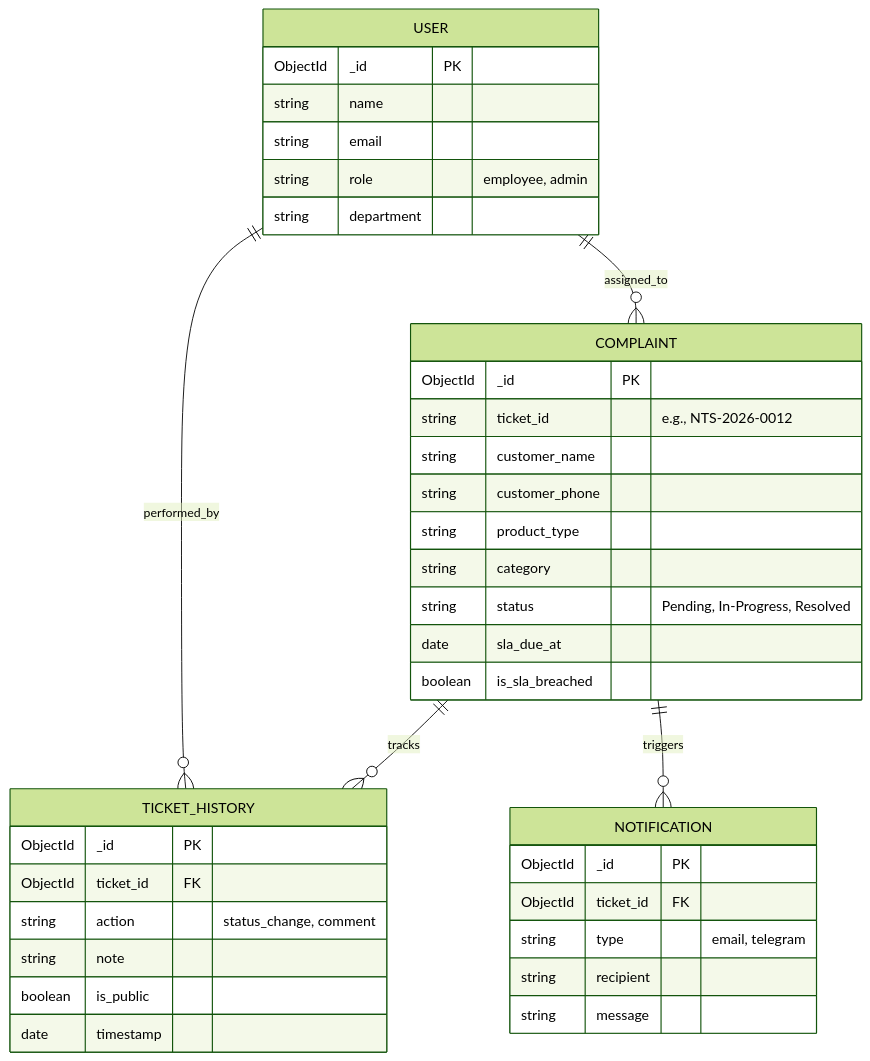
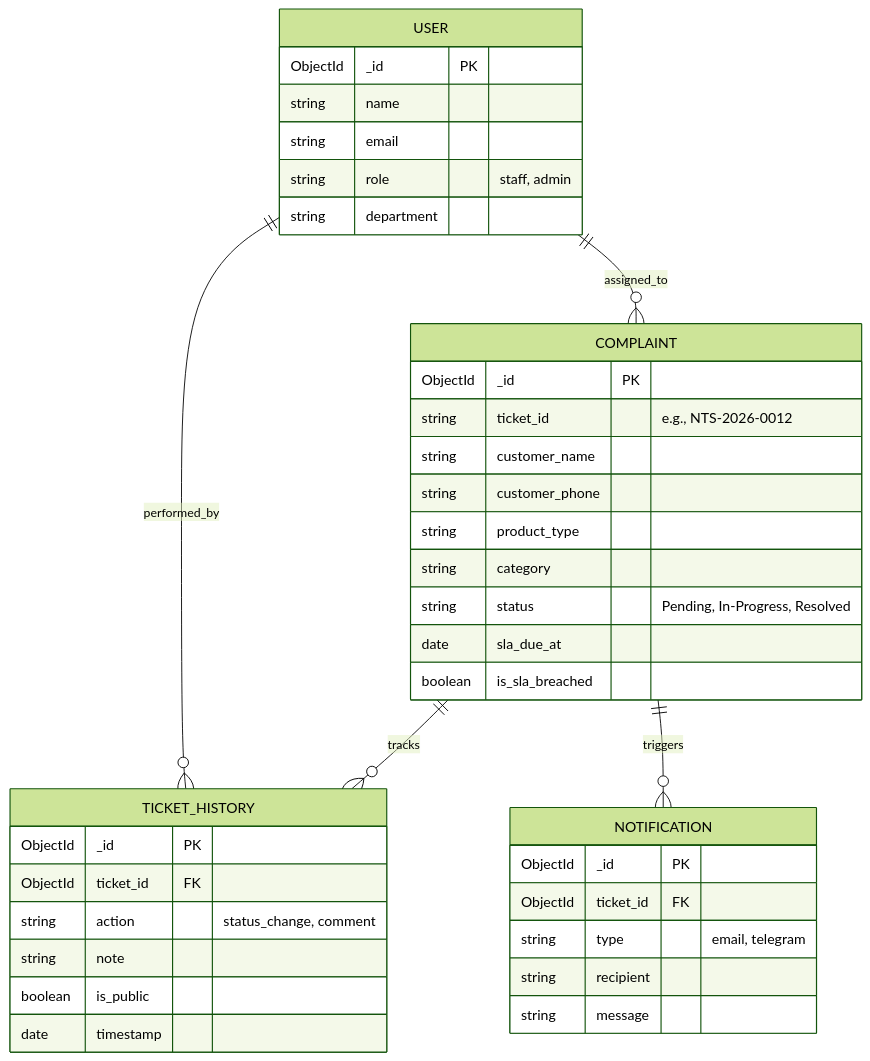
The third of 3 diagrams in docs/architecture.md (NotArsal/Solar-Customer-Grievance-Management-System), drawn with Mermaid (forest theme) before and after one commit. The commit also changed other lines of this file, not shown here.

Commit message:
docs: separate staff and admin roles in architecture diagrams

````diff
--- a/docs/architecture.md
+++ b/docs/architecture.md
@@ -110,44 +112,44 @@
 ```mermaid
 erDiagram
     COMPLAINT ||--o{ TICKET_HISTORY : tracks
     USER ||--o{ COMPLAINT : assigned_to
     USER ||--o{ TICKET_HISTORY : performed_by
     COMPLAINT ||--o{ NOTIFICATION : triggers
 
     COMPLAINT {
         ObjectId _id PK
         string ticket_id "e.g., NTS-2026-0012"
         string customer_name
         string customer_phone
         string product_type
         string category
         string status "Pending, In-Progress, Resolved"
         date sla_due_at
         boolean is_sla_breached
     }
 
     USER {
         ObjectId _id PK
         string name
         string email
-        string role "employee, admin"
+        string role "staff, admin"
         string department
     }
 
     TICKET_HISTORY {
         ObjectId _id PK
         ObjectId ticket_id FK
         string action "status_change, comment"
         string note
         boolean is_public
         date timestamp
     }
 
     NOTIFICATION {
         ObjectId _id PK
         ObjectId ticket_id FK
         string type "email, telegram"
         string recipient
         string message
     }
 ```
````
